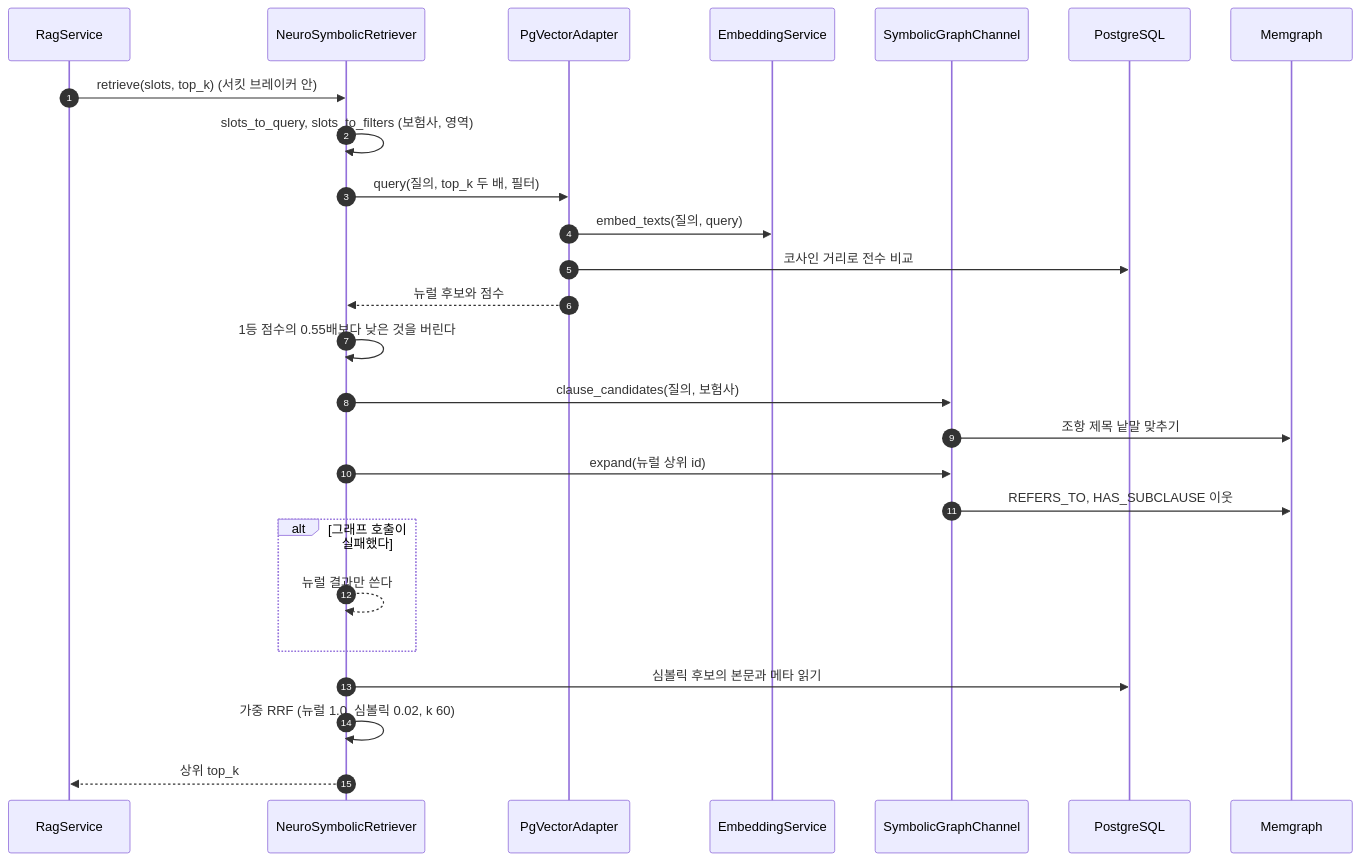
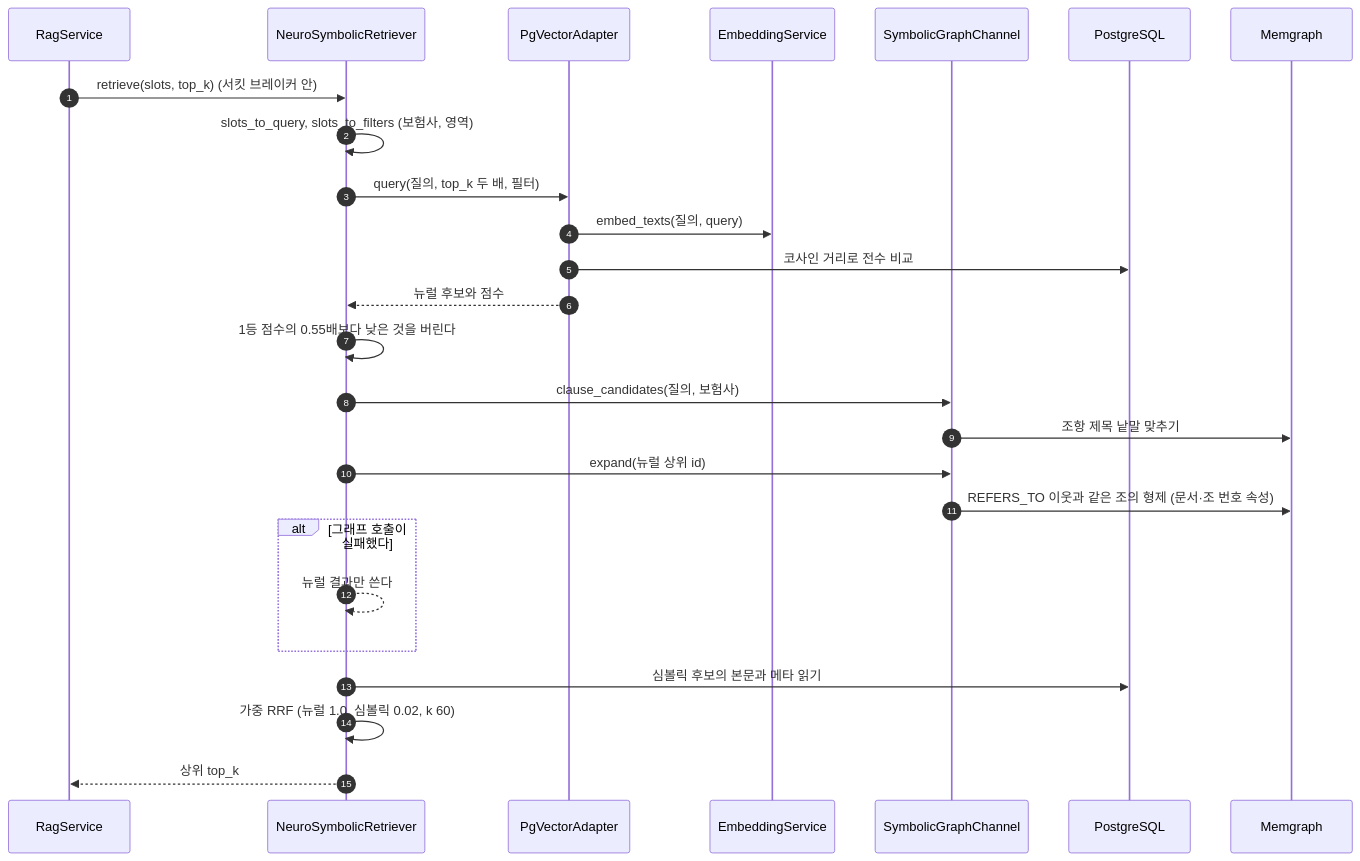
Before and after one commit to HoyoungParkme/Insurance-Helper: diagram 13 of 15 in docs/specs/09-SEQ/INS-SEQ-002.md, drawn with Mermaid. The commit also changed other lines of this file, not shown here.

````diff
--- a/docs/specs/09-SEQ/INS-SEQ-002.md
+++ b/docs/specs/09-SEQ/INS-SEQ-002.md
@@ -546,28 +548,28 @@
 ```mermaid
 sequenceDiagram
     autonumber
     participant RS as RagService
     participant NS as NeuroSymbolicRetriever
     participant VS as PgVectorAdapter
     participant EM as EmbeddingService
     participant SG as SymbolicGraphChannel
     participant PG as PostgreSQL
     participant MG as Memgraph
     RS->>NS: retrieve(slots, top_k) (서킷 브레이커 안)
     NS->>NS: slots_to_query, slots_to_filters (보험사, 영역)
     NS->>VS: query(질의, top_k 두 배, 필터)
     VS->>EM: embed_texts(질의, query)
     VS->>PG: 코사인 거리로 전수 비교
     VS-->>NS: 뉴럴 후보와 점수
     NS->>NS: 1등 점수의 0.55배보다 낮은 것을 버린다
     NS->>SG: clause_candidates(질의, 보험사)
     SG->>MG: 조항 제목 낱말 맞추기
     NS->>SG: expand(뉴럴 상위 id)
-    SG->>MG: REFERS_TO, HAS_SUBCLAUSE 이웃
+    SG->>MG: REFERS_TO 이웃과 같은 조의 형제 (문서·조 번호 속성)
     alt 그래프 호출이 실패했다
         NS-->>NS: 뉴럴 결과만 쓴다
     end
     NS->>PG: 심볼릭 후보의 본문과 메타 읽기
     NS->>NS: 가중 RRF (뉴럴 1.0, 심볼릭 0.02, k 60)
     NS-->>RS: 상위 top_k
 ```
````
